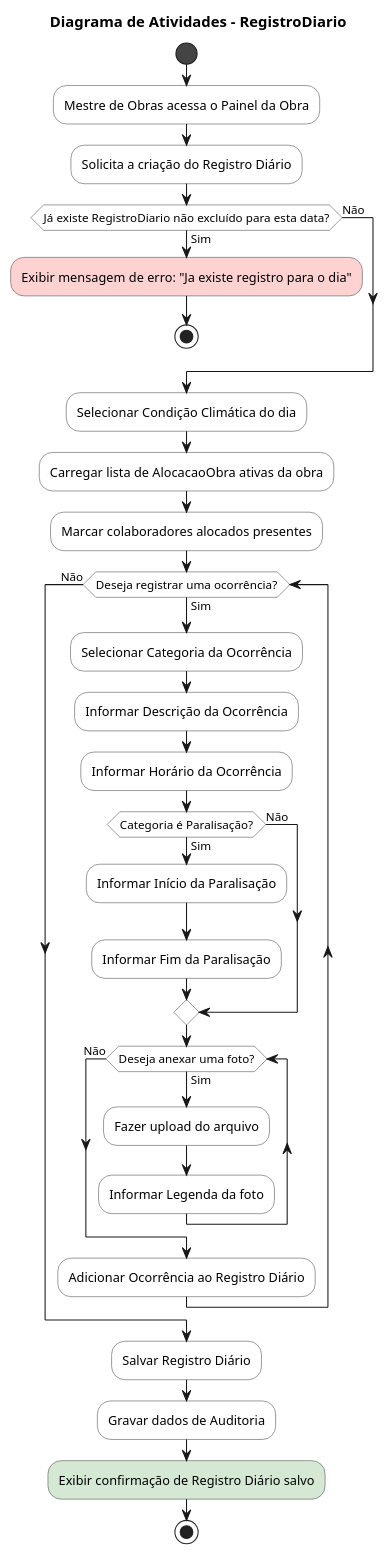
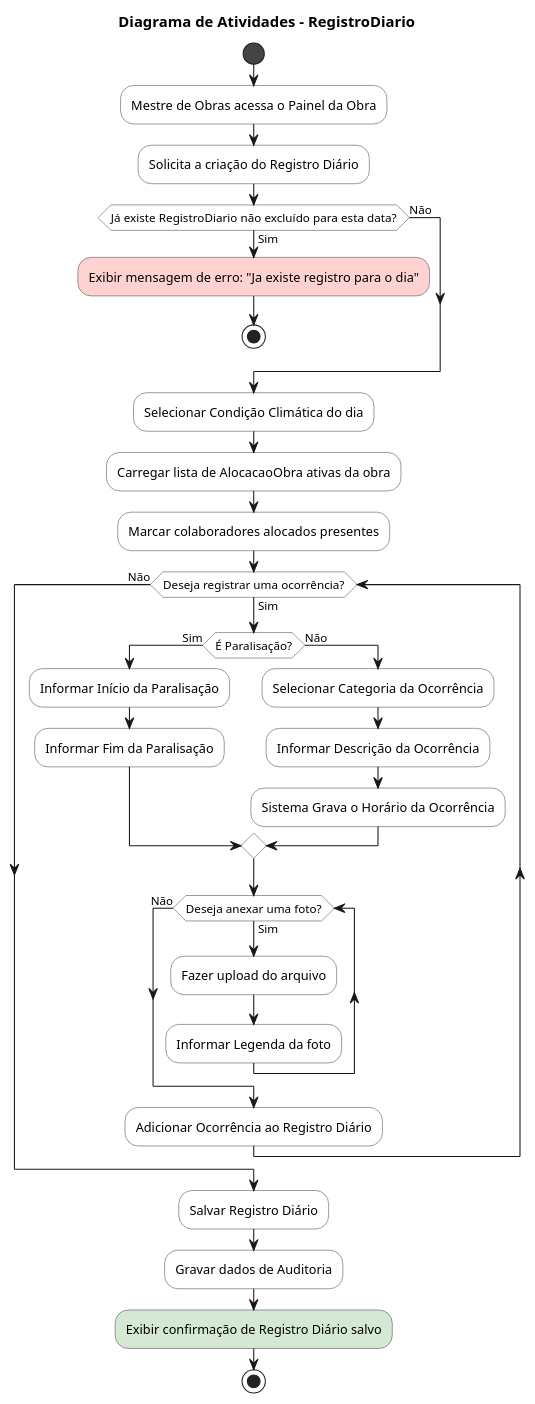
One commit to bernardoanobrega/oBRAS changed the diagram in Diagramas dinamicos/Modulo Painel de Obra/registrodiario-activity.puml. Above: the diagram before and after it, drawn with PlantUML. The commit also changed 2 other files, not shown here.

```diff
--- a/Diagramas dinamicos/Modulo Painel de Obra/registrodiario-activity.puml
+++ b/Diagramas dinamicos/Modulo Painel de Obra/registrodiario-activity.puml
@@ -1,59 +1,58 @@
 @startuml registro-diario-activity
 title Diagrama de Atividades - RegistroDiario
 skinparam activity {
   BackgroundColor #FFFFFF
   BorderColor #444444
   BarColor #444444
   StartColor #444444
   EndColor #444444
 }
 skinparam NoteBackgroundColor #FFFBE6
 
 start
 
 :Mestre de Obras acessa o Painel da Obra;
 :Solicita a criação do Registro Diário;
 
 ' ===== VERIFICAÇÃO DE DUPLICIDADE =====
 if (Já existe RegistroDiario não excluído para esta data?) then (Sim)
   #FFD2D2:Exibir mensagem de erro: "Ja existe registro para o dia";
   stop
 else (Não)
 endif
 
 ' ===== PREENCHIMENTO BÁSICO =====
 :Selecionar Condição Climática do dia;
 
 ' ===== DEFINIÇÃO DA EQUIPE PRESENTE =====
 :Carregar lista de AlocacaoObra ativas da obra;
 :Marcar colaboradores alocados presentes;
 
 ' ===== LOOP DE REGISTRO DE OCORRÊNCIAS =====
 while (Deseja registrar uma ocorrência?) is (Sim)
-  :Selecionar Categoria da Ocorrência;
-  :Informar Descrição da Ocorrência;
-  :Informar Horário da Ocorrência;
-  
-  if (Categoria é Paralisação?) then (Sim)
+  if (É Paralisação?) then (Sim)
     :Informar Início da Paralisação;
     :Informar Fim da Paralisação;
   else (Não)
+  :Selecionar Categoria da Ocorrência;
+  :Informar Descrição da Ocorrência;
+  :Sistema Grava o Horário da Ocorrência;
   endif
 
   ' ===== ANEXO DE FOTOS =====
   while (Deseja anexar uma foto?) is (Sim)
     :Fazer upload do arquivo;
     :Informar Legenda da foto;
   endwhile (Não)
 
   :Adicionar Ocorrência ao Registro Diário;
 endwhile (Não)
 
 ' ===== FINALIZAÇÃO E PERSISTÊNCIA =====
 :Salvar Registro Diário;
 :Gravar dados de Auditoria;
 
 #D5E8D4:Exibir confirmação de Registro Diário salvo;
 
 stop
 @enduml
```
